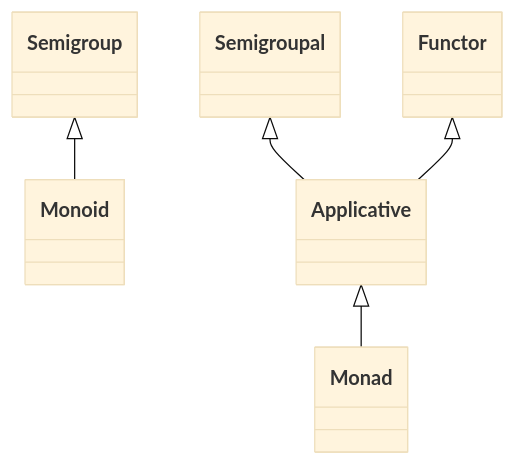
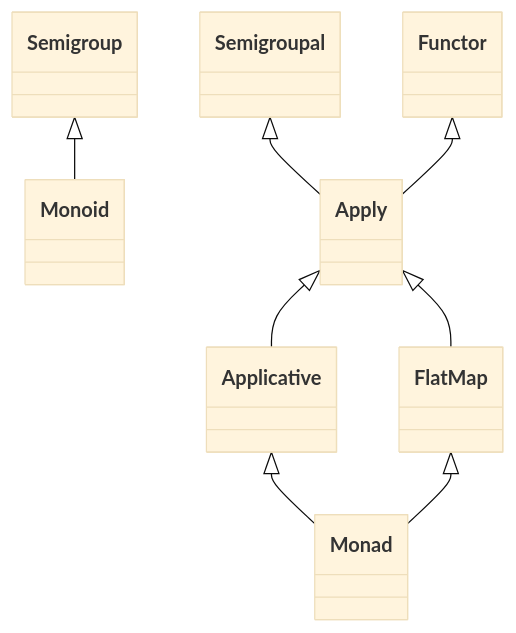
One commit to JoPintoPaul/cats-course changed the diagram in src/main/scala/ClassHierarchy.md. Above: the diagram before and after it, drawn with Mermaid (base theme).

Commit message:
Updated class hierarchy

````diff
--- a/src/main/scala/ClassHierarchy.md
+++ b/src/main/scala/ClassHierarchy.md
@@ -1,8 +1,13 @@
 ```mermaid
     classDiagram
         Semigroup <|-- Monoid
         
-        Semigroupal <|-- Applicative
-        Functor <|-- Applicative
+        Semigroupal <|-- Apply
+        Functor <|-- Apply 
+        
+        Apply <|--Applicative
+        Apply <|--FlatMap
+        
         Applicative <|-- Monad
+        FlatMap <|-- Monad
 ```
````
